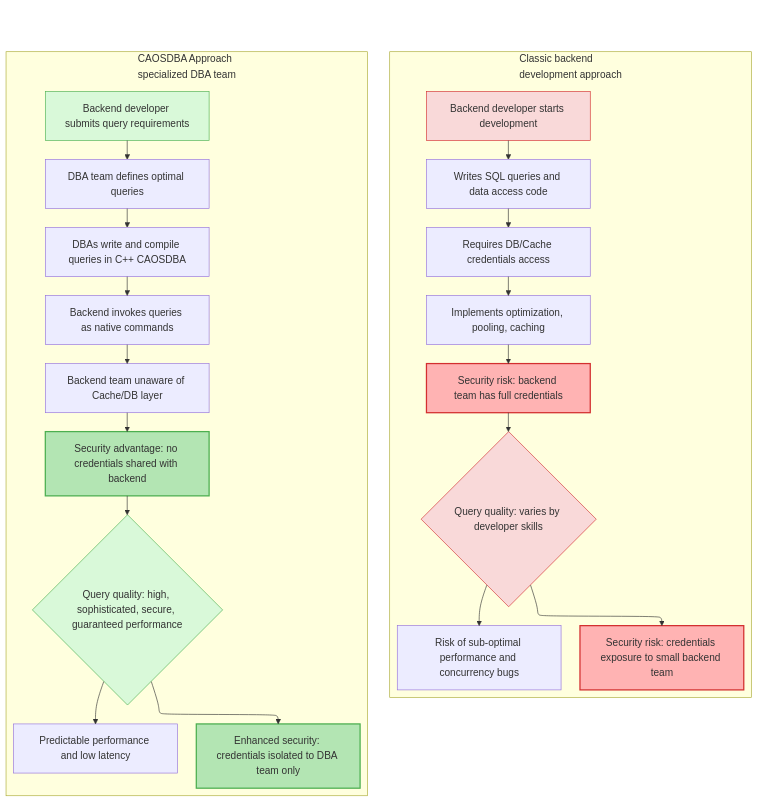
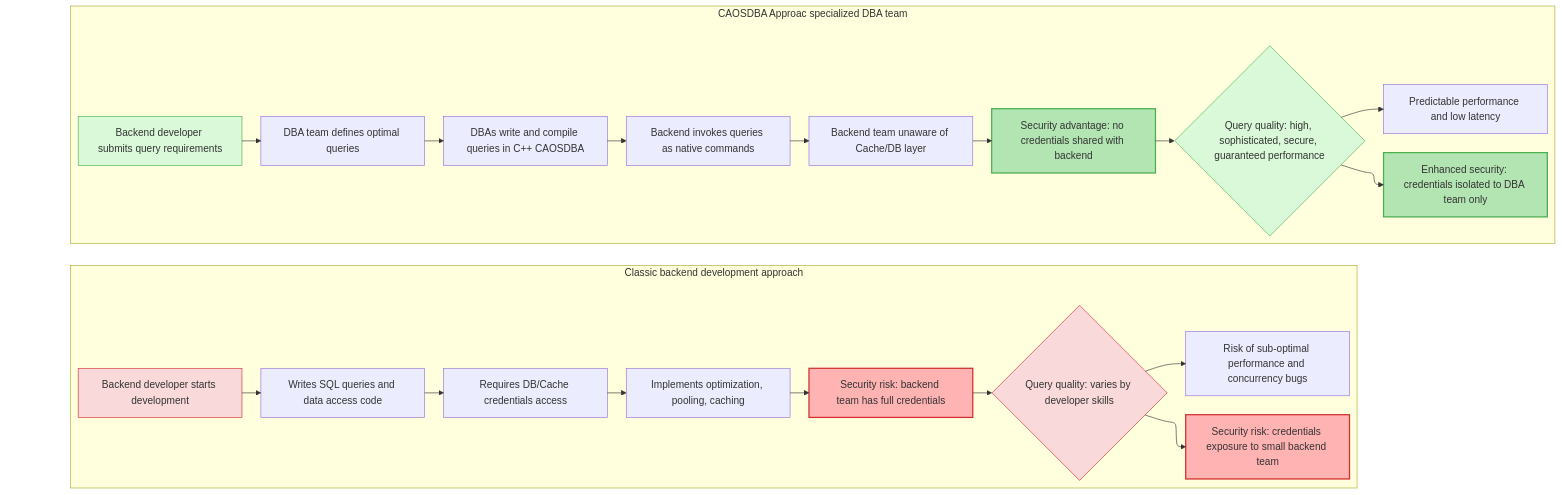
Before and after one commit to mydevhero/CAOSDBA: the diagram in README.md, drawn with Mermaid. The commit also changed 3 other files, not shown here.

````diff
--- a/README.md
+++ b/README.md
@@ -87,58 +87,58 @@
 ```mermaid
 ---
 config:
   layout: elk
 ---
-flowchart TB
+flowchart LR
   anchor[" "]
   
-  subgraph classic["Classic backend<br>development approach"]
+  subgraph classic["Classic backend development approach"]
         DEV_START["Backend developer starts development"]
         DEV_QUERY["Writes SQL queries and data access code"]
         DEV_CRED["Requires DB/Cache credentials access"]
         DEV_OPT["Implements optimization, pooling, caching"]
         DEV_SEC["Security risk: backend team has full credentials"]
         DEV_END{"Query quality: varies by developer skills"}
         LOW_PERF["Risk of sub-optimal performance and concurrency bugs"]
         SEC_RISK["Security risk: credentials exposure to small backend team"]
   end
   
-  subgraph caosdba["CAOSDBA Approach<br>specialized DBA team"]
+  subgraph caosdba["CAOSDBA Approac specialized DBA team"]
         DBA_START["Backend developer submits query requirements"]
         DBA_SPEC["DBA team defines optimal queries"]
         DBA_CPP["DBAs write and compile queries in C++ CAOSDBA"]
         DBA_NATIVE["Backend invokes queries as native commands"]
         DBA_ABSTRACT["Backend team unaware of Cache/DB layer"]
         DBA_SEC["Security advantage: no credentials shared with backend"]
         DBA_HIGH{"Query quality: high, sophisticated, secure, guaranteed performance"}
         HIGH_PERF["Predictable performance and low latency"]
         SEC_BENEFIT["Enhanced security: credentials isolated to DBA team only"]
   end
 
     anchor ~~~ DEV_START & DBA_START
     
     DEV_START --> DEV_QUERY
     DEV_QUERY --> DEV_CRED
     DEV_CRED --> DEV_OPT
     DEV_OPT --> DEV_SEC
     DEV_SEC --> DEV_END
     DEV_END --> LOW_PERF & SEC_RISK
     
     DBA_START --> DBA_SPEC
     DBA_SPEC --> DBA_CPP
     DBA_CPP --> DBA_NATIVE
     DBA_NATIVE --> DBA_ABSTRACT
     DBA_ABSTRACT --> DBA_SEC
     DBA_SEC --> DBA_HIGH
     DBA_HIGH --> HIGH_PERF & SEC_BENEFIT
 
     style anchor fill:none,stroke:none
     style DBA_START fill:#D9F9D9,stroke:#4CAF50
     style DBA_SEC fill:#B3E5B3,stroke:#4CAF50,stroke-width:2px
     style DBA_HIGH fill:#D9F9D9,stroke:#4CAF50
     style SEC_BENEFIT fill:#B3E5B3,stroke:#4CAF50,stroke-width:2px
     style DEV_START fill:#F9D9D9,stroke:#D32F2F
     style DEV_SEC fill:#FFB3B3,stroke:#D32F2F,stroke-width:2px
     style DEV_END fill:#F9D9D9,stroke:#D32F2F
     style SEC_RISK fill:#FFB3B3,stroke:#D32F2F,stroke-width:2px
 ```
````
